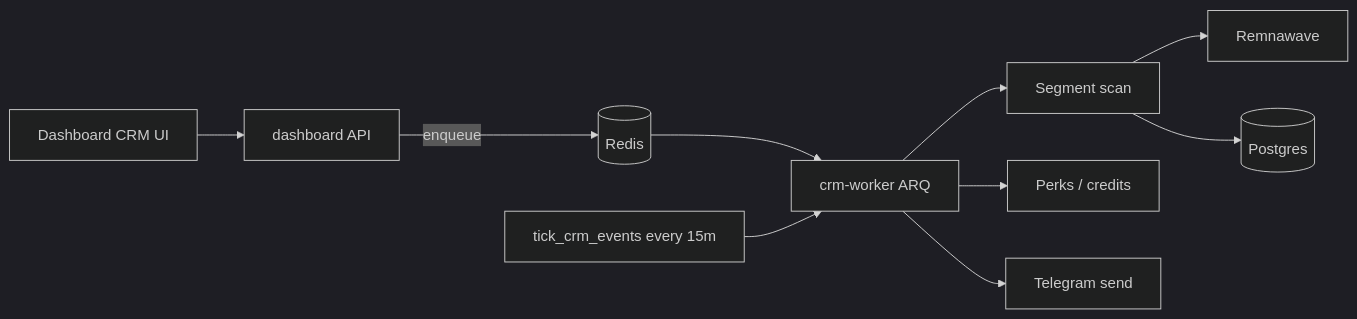
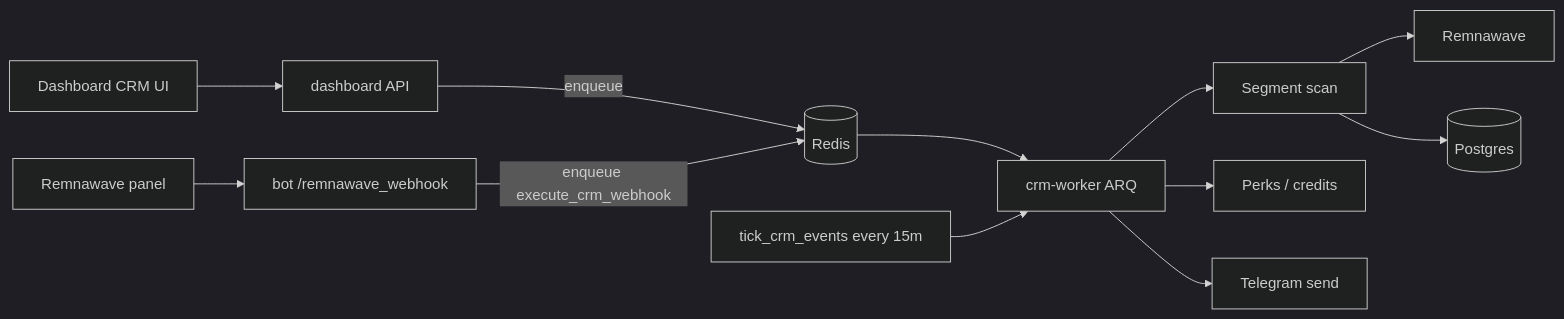
Before and after one commit to l0nelynx/xray-vpn-bot: the diagram in docs/crm.md, drawn with Mermaid (dark theme). The commit also changed other lines of this file and 29 other files, not shown here.

First line of the commit message:
feat: add CRM Webhooks tab for Remnawave rules

````diff
--- a/docs/crm.md
+++ b/docs/crm.md
@@ -177,12 +193,14 @@
 ```mermaid
 flowchart LR
     UI[Dashboard CRM UI] --> API[dashboard API]
     API -->|enqueue| Redis[(Redis)]
     Redis --> Worker[crm-worker ARQ]
     Worker --> Scan[Segment scan]
     Scan --> RW[Remnawave]
     Scan --> PG[(Postgres)]
     Worker --> Perks[Perks / credits]
     Worker --> TG[Telegram send]
     Cron[tick_crm_events every 15m] --> Worker
+    Panel[Remnawave panel] --> BotWH[bot /remnawave_webhook]
+    BotWH -->|enqueue execute_crm_webhook| Redis
 ```
````
